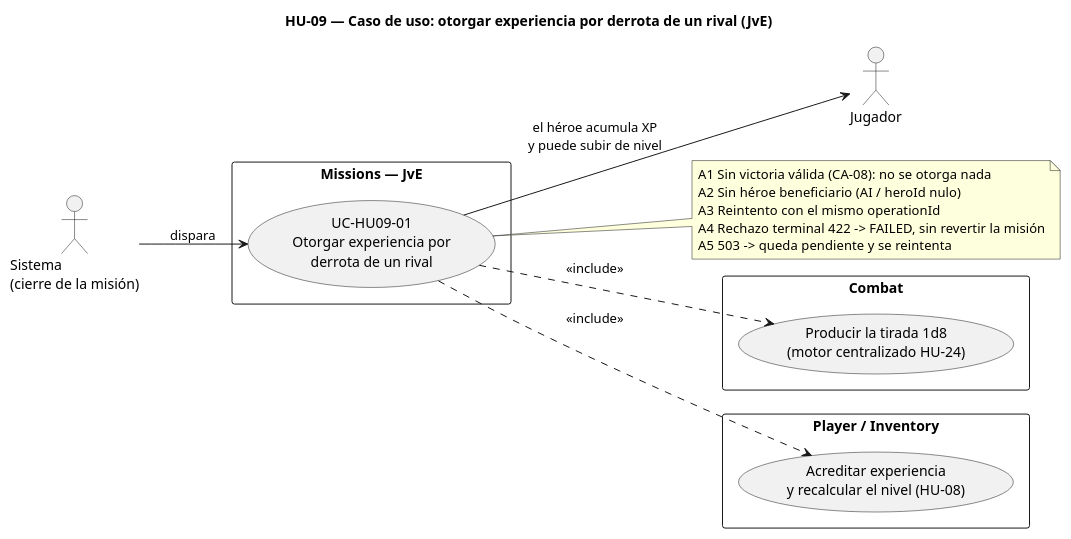
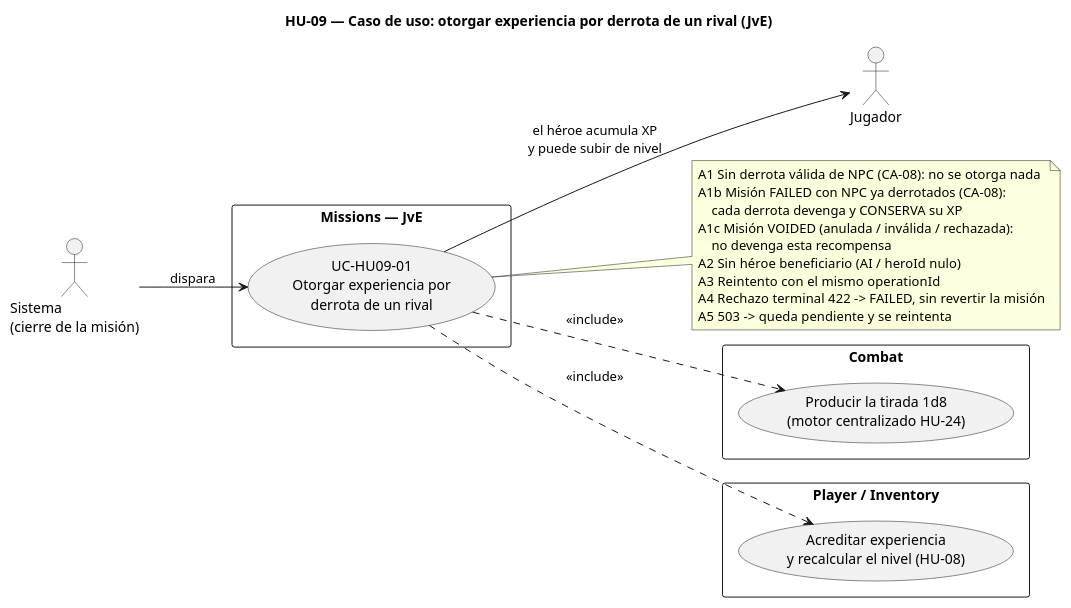
Before and after one commit to Nexus-Battle-VI/Nexus-Battle-Infrastructure: the diagram in docs/diagrams/hu-09-use-case.puml, drawn with PlantUML. The commit also changed 12 other files, not shown here.

```diff
--- a/docs/diagrams/hu-09-use-case.puml
+++ b/docs/diagrams/hu-09-use-case.puml
@@ -1,35 +1,39 @@
 @startuml hu-09-use-case
 title HU-09 — Caso de uso: otorgar experiencia por derrota de un rival (JvE)
 
 left to right direction
 skinparam packageStyle rectangle
 
 actor "Jugador" as Jugador
 actor "Sistema\n(cierre de la misión)" as Sistema
 
 rectangle "Missions — JvE" {
   usecase "UC-HU09-01\nOtorgar experiencia por\nderrota de un rival" as UC
 }
 
 rectangle "Combat" {
   usecase "Producir la tirada 1d8\n(motor centralizado HU-24)" as UCROLL
 }
 
 rectangle "Player / Inventory" {
   usecase "Acreditar experiencia\ny recalcular el nivel (HU-08)" as UCCRED
 }
 
 Sistema --> UC : dispara
 UC ..> UCROLL : <<include>>
 UC ..> UCCRED : <<include>>
 
 UC --> Jugador : el héroe acumula XP\ny puede subir de nivel
 
 note right of UC
-  A1  Sin victoria válida (CA-08): no se otorga nada
+  A1  Sin derrota válida de NPC (CA-08): no se otorga nada
+  A1b Misión FAILED con NPC ya derrotados (CA-08):
+      cada derrota devenga y CONSERVA su XP
+  A1c Misión VOIDED (anulada / inválida / rechazada):
+      no devenga esta recompensa
   A2  Sin héroe beneficiario (AI / heroId nulo)
   A3  Reintento con el mismo operationId
   A4  Rechazo terminal 422 -> FAILED, sin revertir la misión
   A5  503 -> queda pendiente y se reintenta
 end note
 @enduml
```
